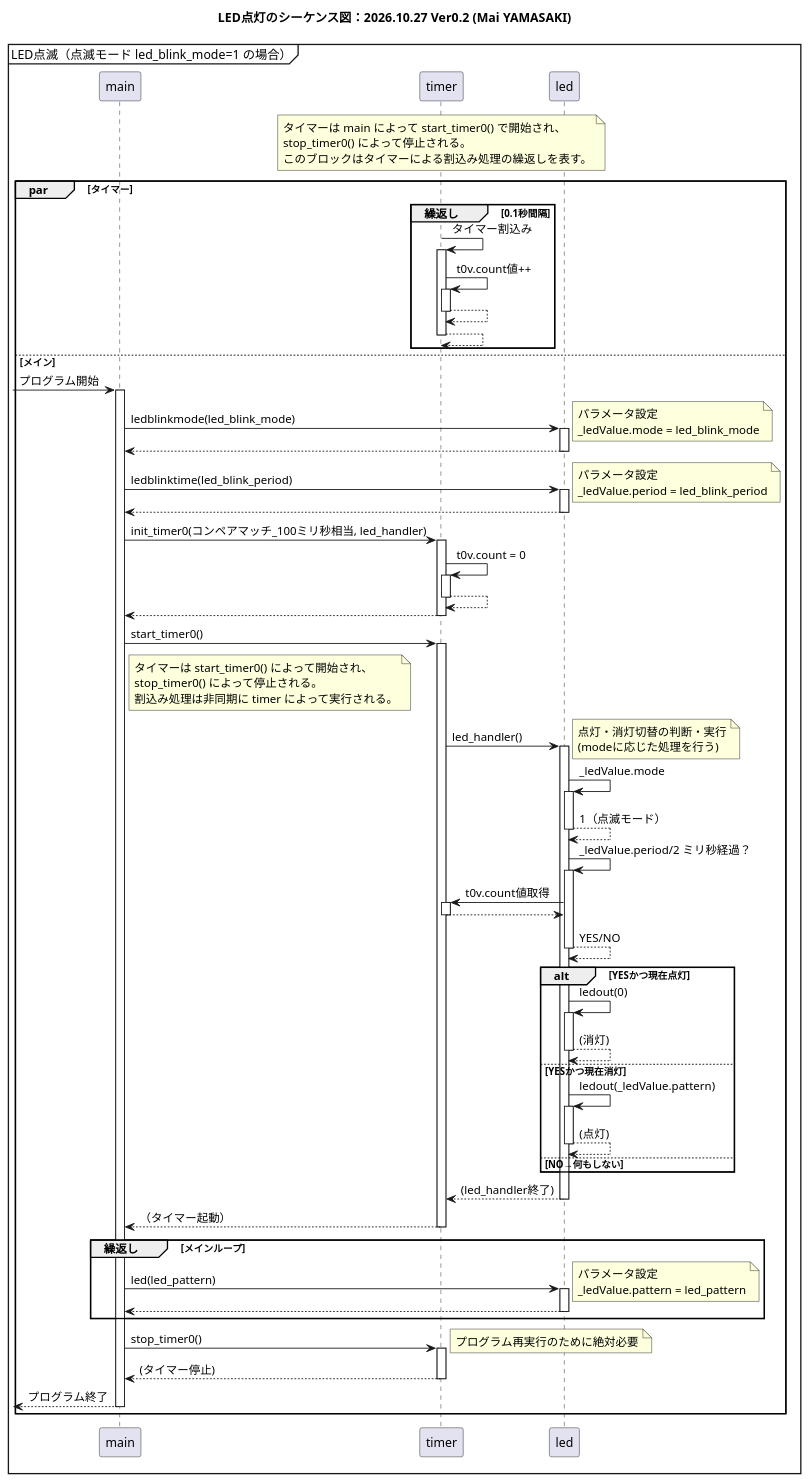
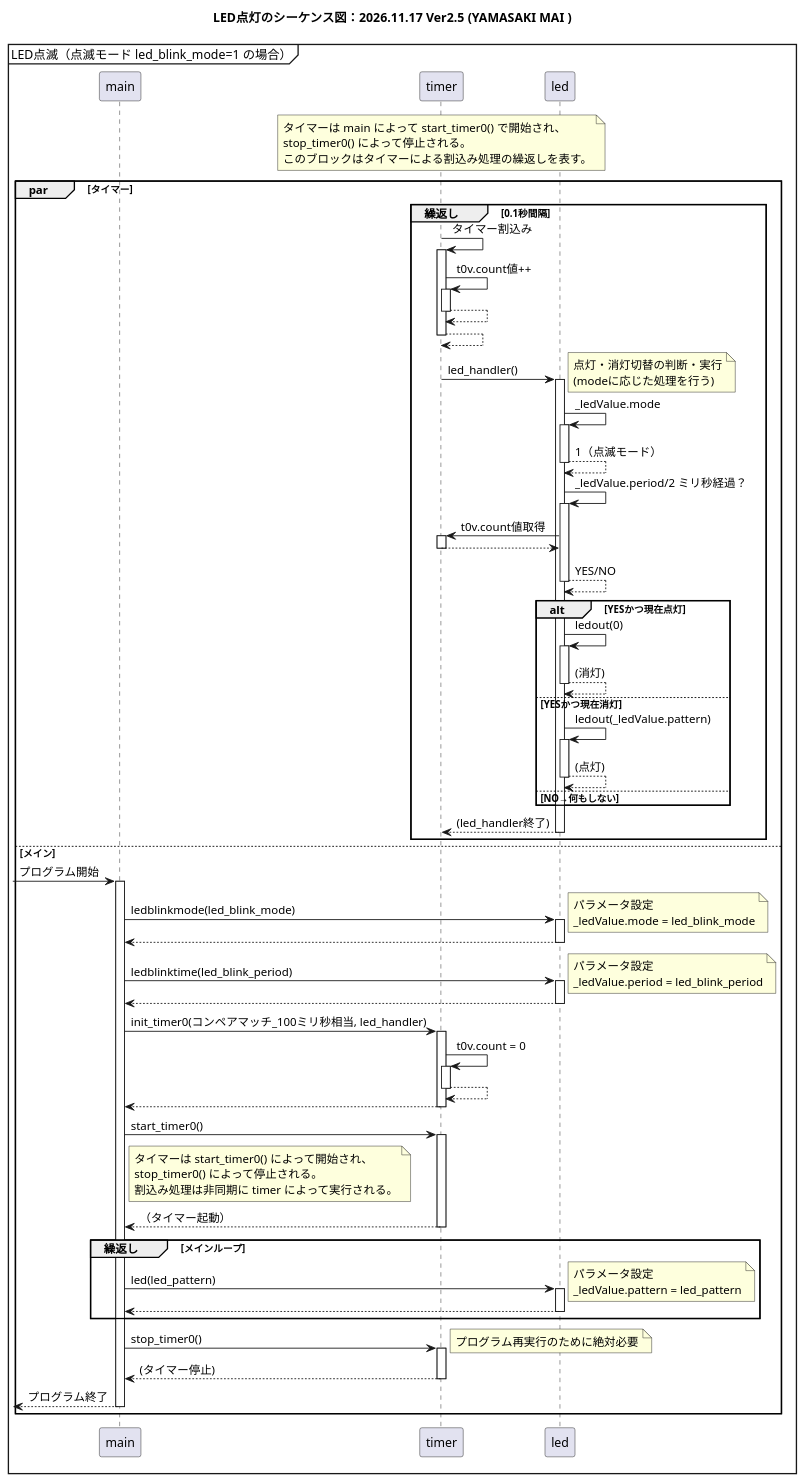
Before and after one commit to rebuildup/GRI-2nd: the diagram in SequenceDiagram/sequenceV2.pu, drawn with PlantUML. The commit also changed 11 other files, not shown here.

```diff
--- a/SequenceDiagram/sequenceV2.pu
+++ b/SequenceDiagram/sequenceV2.pu
@@ -1,84 +1,84 @@
 @startuml
 autoactivate on
 
-title LED点灯のシーケンス図：2026.10.27 Ver0.2 (Mai YAMASAKI)
+title LED点灯のシーケンス図：2026.11.17 Ver2.5 (YAMASAKI MAI )
 mainframe LED点滅（点滅モード led_blink_mode=1 の場合）
 
 participant main
 participant timer
 participant led
 
 note over timer
   タイマーは main によって start_timer0() で開始され、
   stop_timer0() によって停止される。
   このブロックはタイマーによる割込み処理の繰返しを表す。
 end note
 
 par タイマー
 group 繰返し [0.1秒間隔]
    timer -> timer : タイマー割込み
         timer -> timer : t0v.count値++
         return
     return
+    timer -> led : led_handler()
+    note right: 点灯・消灯切替の判断・実行\n(modeに応じた処理を行う)
+       led -> led : _ledValue.mode
+ 
+       return 1（点滅モード）
+       led -> led : _ledValue.period/2 ミリ秒経過？
+         led -> timer : t0v.count値取得
+         return
+       return YES/NO
+       alt YESかつ現在点灯
+            led -> led: ledout(0)
+            return (消灯)
+       else YESかつ現在消灯
+            led -> led: ledout(_ledValue.pattern)
+            return (点灯)
+       else NO→何もしない
+            
+       end
+    return (led_handler終了)
+
 end
 
 else メイン
 [-> main : プログラム開始
 
 main -> led : ledblinkmode(led_blink_mode)
 note right: パラメータ設定\n_ledValue.mode = led_blink_mode
 return
 
 main -> led : ledblinktime(led_blink_period)
 note right: パラメータ設定\n_ledValue.period = led_blink_period
 return
 
 main -> timer : init_timer0(コンペアマッチ_100ミリ秒相当, led_handler)
     timer -> timer : t0v.count = 0
     return
 return
 
 main -> timer : start_timer0()
 note right of main
   タイマーは start_timer0() によって開始され、
   stop_timer0() によって停止される。
   割込み処理は非同期に timer によって実行される。
 end note
 
-  timer -> led : led_handler()
-    note right: 点灯・消灯切替の判断・実行\n(modeに応じた処理を行う)
-       led -> led : _ledValue.mode
- 
-       return 1（点滅モード）
-       led -> led : _ledValue.period/2 ミリ秒経過？
-         led -> timer : t0v.count値取得
-         return
-       return YES/NO
-       alt YESかつ現在点灯
-            led -> led: ledout(0)
-            return (消灯)
-       else YESかつ現在消灯
-            led -> led: ledout(_ledValue.pattern)
-            return (点灯)
-       else NO→何もしない
-            
-       end
-    return (led_handler終了)
-
 return （タイマー起動）
 
 group 繰返し [メインループ]
 
  main -> led : led(led_pattern)
     note right: パラメータ設定\n_ledValue.pattern = led_pattern
     return
 
     end
 
 main -> timer : stop_timer0()
 note right: プログラム再実行のために絶対必要
 return (タイマー停止)
 return プログラム終了
 
 end 
 @enduml
```
